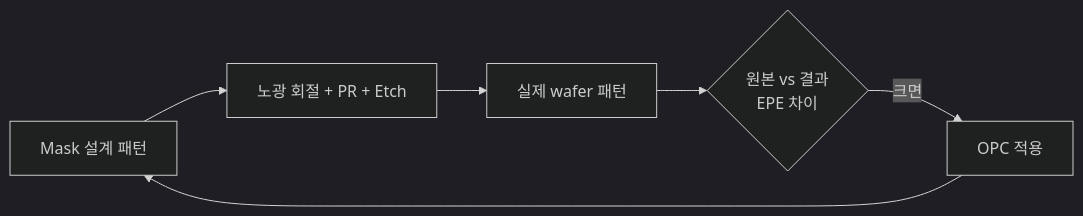
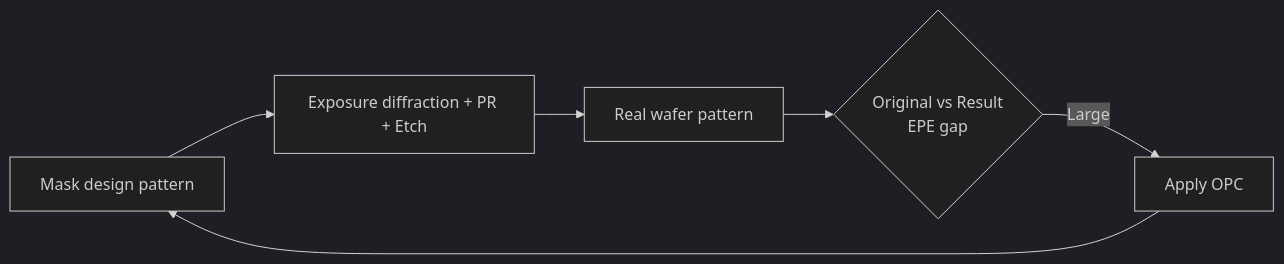
Before and after one commit to btjeon/sic-wiki: the first of 3 diagrams in docs/04-control-ai/photo-opc.md, drawn with Mermaid (dark theme). The commit also changed other lines of this file and 9 other files, not shown here.

````diff
--- a/docs/04-control-ai/photo-opc.md
+++ b/docs/04-control-ai/photo-opc.md
@@ -7,8 +11,8 @@
 ```mermaid
 flowchart LR
-    A[Mask 설계 패턴] --> B[노광 회절 + PR + Etch]
-    B --> C[실제 wafer 패턴]
-    C --> D{원본 vs 결과<br/>EPE 차이}
-    D -- 크면 --> E[OPC 적용]
+    A[Mask design pattern] --> B[Exposure diffraction + PR + Etch]
+    B --> C[Real wafer pattern]
+    C --> D{Original vs Result<br/>EPE gap}
+    D -- Large --> E[Apply OPC]
     E --> A
 ```
````
